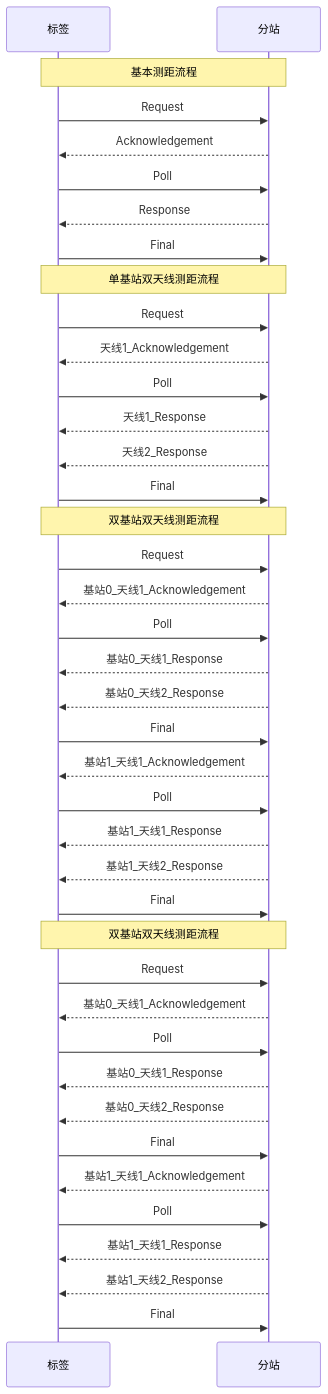
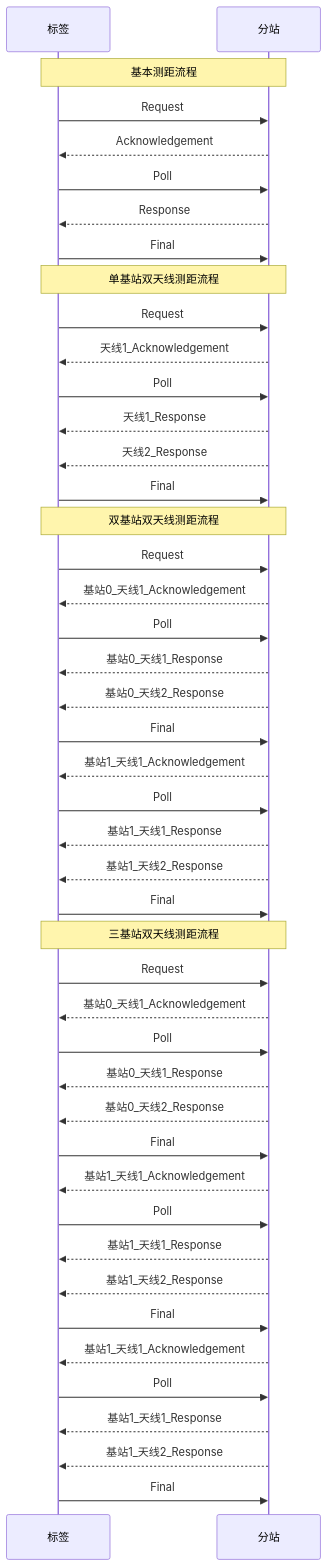
One commit to geek-zhao/iodraw-files changed the diagram in all/未命名.md. Above: the diagram before and after it, drawn with Mermaid.

Commit message:
2024-08-17 14:16:18 update

````diff
--- a/all/未命名.md
+++ b/all/未命名.md
@@ -1,46 +1,51 @@
 ```mermaid
 sequenceDiagram
     participant tag as 标签
     participant anchor as 分站
 
     Note over tag,anchor: 基本测距流程
     tag->>anchor: Request
     anchor-->>tag: Acknowledgement
     tag->>anchor: Poll
     anchor-->>tag: Response
     tag->>anchor: Final       
 
     Note over tag,anchor: 单基站双天线测距流程
     tag->>anchor: Request
     anchor-->>tag: 天线1_Acknowledgement
     tag->>anchor: Poll
     anchor-->>tag: 天线1_Response 
     anchor-->>tag: 天线2_Response
     tag->>anchor: Final   
 
     Note over tag,anchor: 双基站双天线测距流程
     tag->>anchor: Request
     anchor-->>tag: 基站0_天线1_Acknowledgement
     tag->>anchor: Poll
     anchor-->>tag: 基站0_天线1_Response 
     anchor-->>tag: 基站0_天线2_Response
     tag->>anchor: Final   
     anchor-->>tag: 基站1_天线1_Acknowledgement
     tag->>anchor: Poll
     anchor-->>tag: 基站1_天线1_Response 
     anchor-->>tag: 基站1_天线2_Response
     tag->>anchor: Final   
 
-    Note over tag,anchor: 双基站双天线测距流程
+    Note over tag,anchor: 三基站双天线测距流程
     tag->>anchor: Request
     anchor-->>tag: 基站0_天线1_Acknowledgement
     tag->>anchor: Poll
     anchor-->>tag: 基站0_天线1_Response 
     anchor-->>tag: 基站0_天线2_Response
     tag->>anchor: Final   
     anchor-->>tag: 基站1_天线1_Acknowledgement
     tag->>anchor: Poll
     anchor-->>tag: 基站1_天线1_Response 
     anchor-->>tag: 基站1_天线2_Response
     tag->>anchor: Final   
+    anchor-->>tag: 基站1_天线1_Acknowledgement
+    tag->>anchor: Poll
+    anchor-->>tag: 基站1_天线1_Response 
+    anchor-->>tag: 基站1_天线2_Response
+    tag->>anchor: Final   
 ```
````
